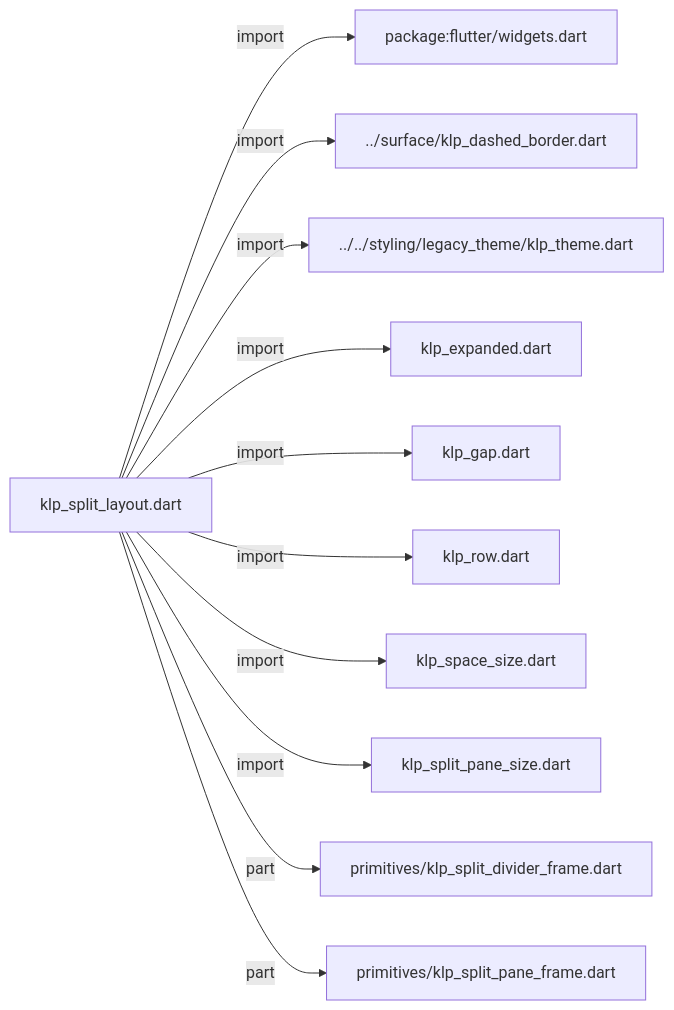
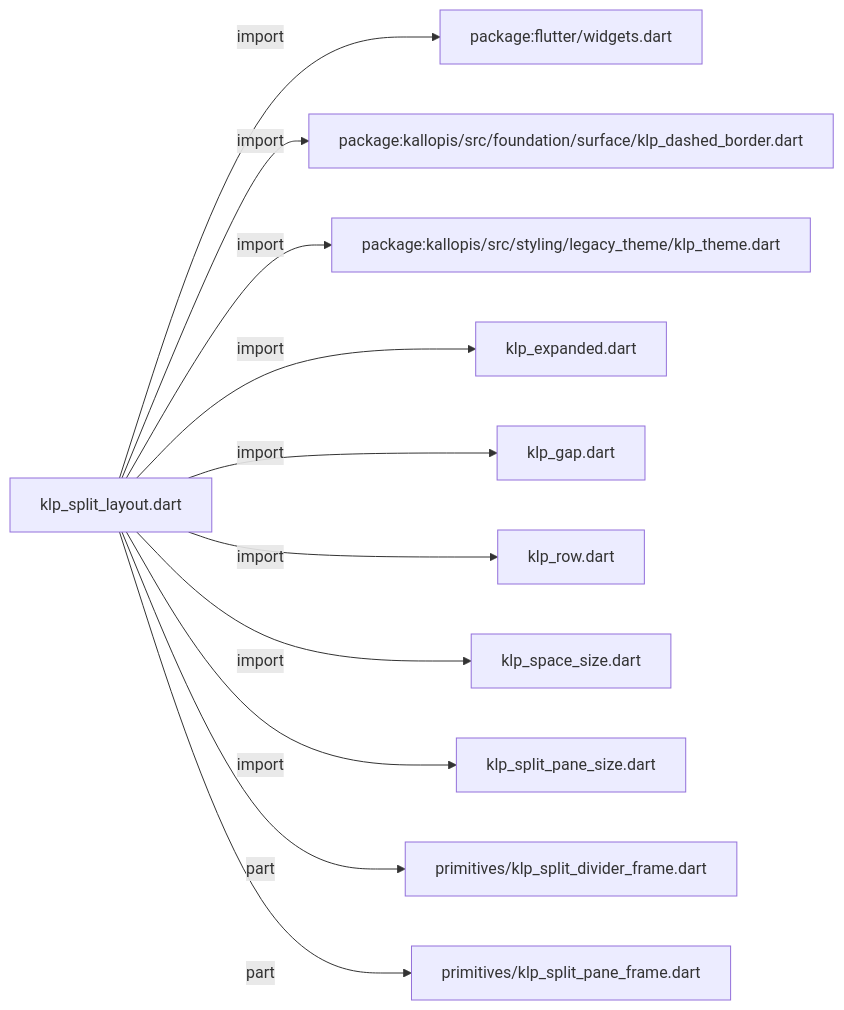
One commit to MiuDog/Kallopis changed the first of 3 diagrams in docs/architecture/src/foundation/layout/klp_split_layout.md. Above: the diagram before and after it, drawn with Mermaid. The commit also changed other lines of this file and 9688 other files, not shown here.

Commit message:
Prepare isolated Flow F2 peer baseline

````diff
--- a/docs/architecture/src/foundation/layout/klp_split_layout.md
+++ b/docs/architecture/src/foundation/layout/klp_split_layout.md
@@ -11,24 +11,24 @@
 ```mermaid
 flowchart LR
 	n0["klp_split_layout.dart"]
 	n1["package:flutter/widgets.dart"]
-	n2["../surface/klp_dashed_border.dart"]
-	n3["../../styling/legacy_theme/klp_theme.dart"]
+	n2["package:kallopis/src/foundation/surface/klp_dashed_border.dart"]
+	n3["package:kallopis/src/styling/legacy_theme/klp_theme.dart"]
 	n4["klp_expanded.dart"]
 	n5["klp_gap.dart"]
 	n6["klp_row.dart"]
 	n7["klp_space_size.dart"]
 	n8["klp_split_pane_size.dart"]
 	n9["primitives/klp_split_divider_frame.dart"]
 	n10["primitives/klp_split_pane_frame.dart"]
 	n0 -->|"import"| n1
 	n0 -->|"import"| n2
 	n0 -->|"import"| n3
 	n0 -->|"import"| n4
 	n0 -->|"import"| n5
 	n0 -->|"import"| n6
 	n0 -->|"import"| n7
 	n0 -->|"import"| n8
 	n0 -->|"part"| n9
 	n0 -->|"part"| n10
 ```
````
